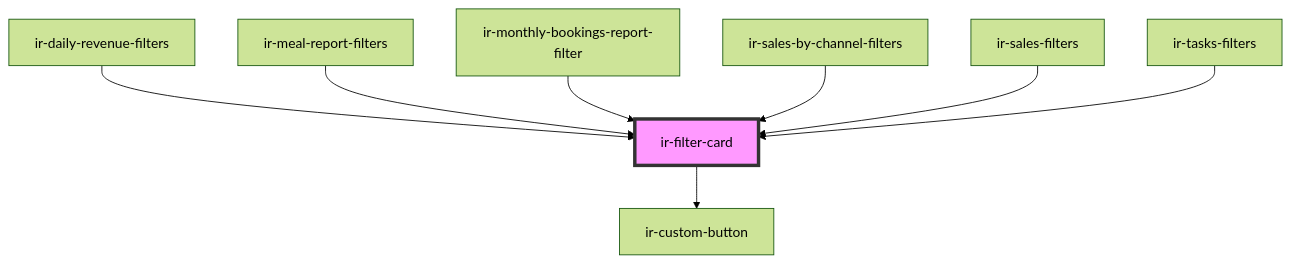
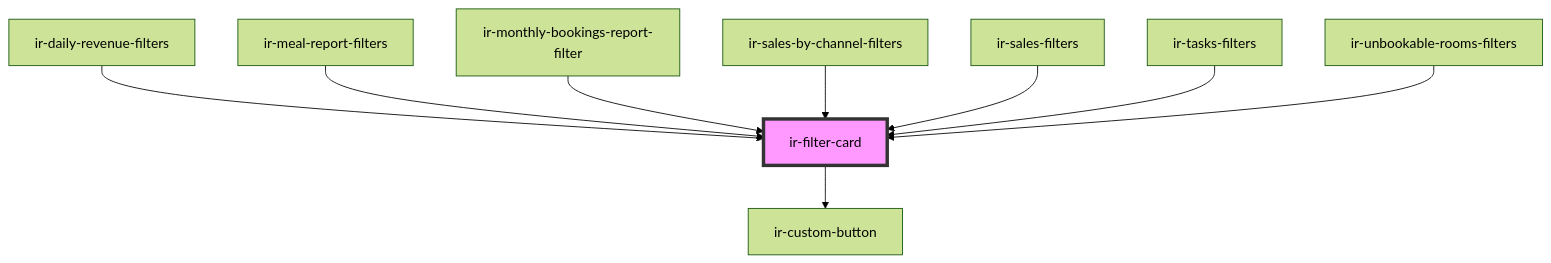
Before and after one commit to RonyRizk/ir-webcmp: the diagram in src/components/ir-filter-card/readme.md, drawn with Mermaid (forest theme). The commit also changed other lines of this file and 73 other files, not shown here.

````diff
--- a/src/components/ir-filter-card/readme.md
+++ b/src/components/ir-filter-card/readme.md
@@ -33,11 +34,12 @@
 ```mermaid
 graph TD;
   ir-filter-card --> ir-custom-button
   ir-daily-revenue-filters --> ir-filter-card
   ir-meal-report-filters --> ir-filter-card
   ir-monthly-bookings-report-filter --> ir-filter-card
   ir-sales-by-channel-filters --> ir-filter-card
   ir-sales-filters --> ir-filter-card
   ir-tasks-filters --> ir-filter-card
+  ir-unbookable-rooms-filters --> ir-filter-card
   style ir-filter-card fill:#f9f,stroke:#333,stroke-width:4px
 ```
````
